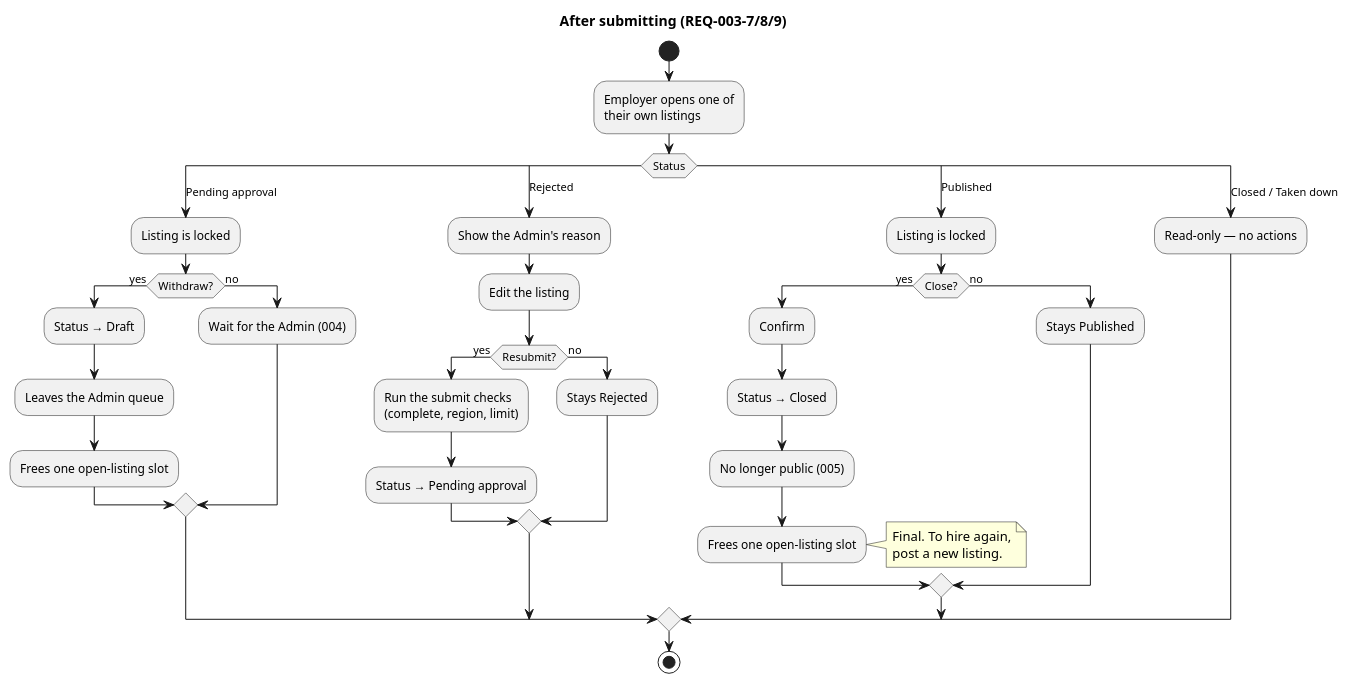
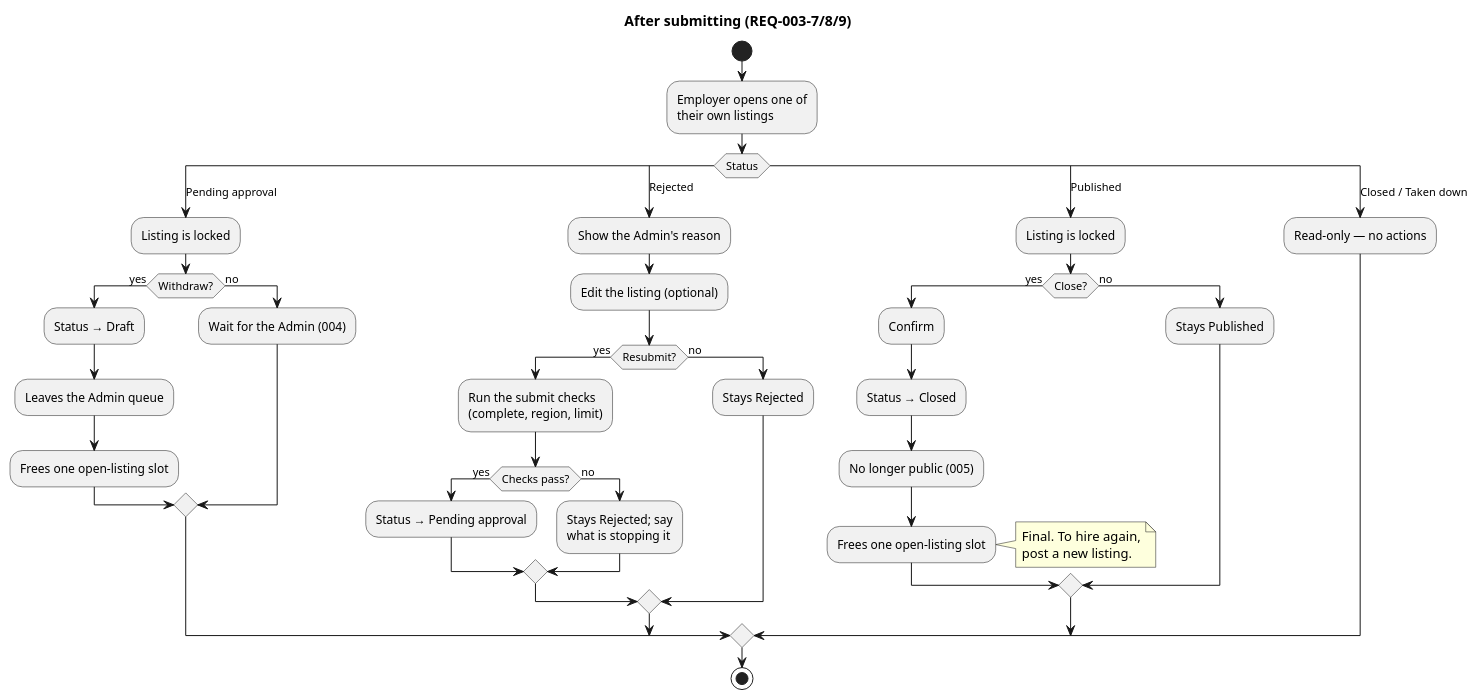
One commit to raseniero/jairojobs-elixir changed the diagram in docs/specs/003-listings-employer-posting/diagrams/activity-after-submitting.puml. Above: the diagram before and after it, drawn with PlantUML. The commit also changed 21 other files, not shown here.

Commit message:
docs: consistency pass after spec 003 review (specs 000 and 003, architecture, constitution examples)

```diff
--- a/docs/specs/003-listings-employer-posting/diagrams/activity-after-submitting.puml
+++ b/docs/specs/003-listings-employer-posting/diagrams/activity-after-submitting.puml
@@ -1,46 +1,51 @@
 @startuml activity-after-submitting
 ' Spec 003 — withdraw, fix a rejected listing, close a published one (REQ-003-7, -8, -9)
 title After submitting (REQ-003-7/8/9)
 
 start
 :Employer opens one of
 their own listings;
 switch (Status)
 case (Pending approval)
   :Listing is locked;
   if (Withdraw?) then (yes)
     :Status → Draft;
     :Leaves the Admin queue;
     :Frees one open-listing slot;
   else (no)
     :Wait for the Admin (004);
   endif
 case (Rejected)
   :Show the Admin's reason;
-  :Edit the listing;
+  :Edit the listing (optional);
   if (Resubmit?) then (yes)
     :Run the submit checks
     (complete, region, limit);
-    :Status → Pending approval;
+    if (Checks pass?) then (yes)
+      :Status → Pending approval;
+    else (no)
+      :Stays Rejected; say
+      what is stopping it;
+    endif
   else (no)
     :Stays Rejected;
   endif
 case (Published)
   :Listing is locked;
   if (Close?) then (yes)
     :Confirm;
     :Status → Closed;
     :No longer public (005);
     :Frees one open-listing slot;
     note right
       Final. To hire again,
       post a new listing.
     end note
   else (no)
     :Stays Published;
   endif
 case (Closed / Taken down)
   :Read-only — no actions;
 endswitch
 stop
 @enduml
```
